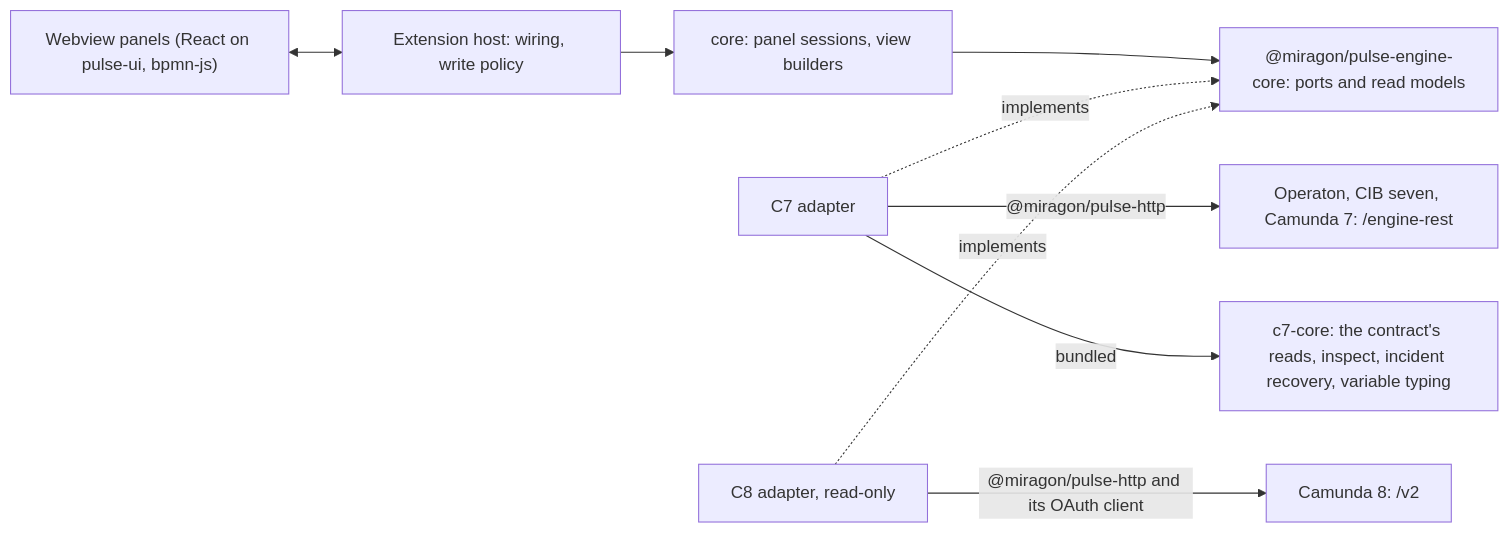
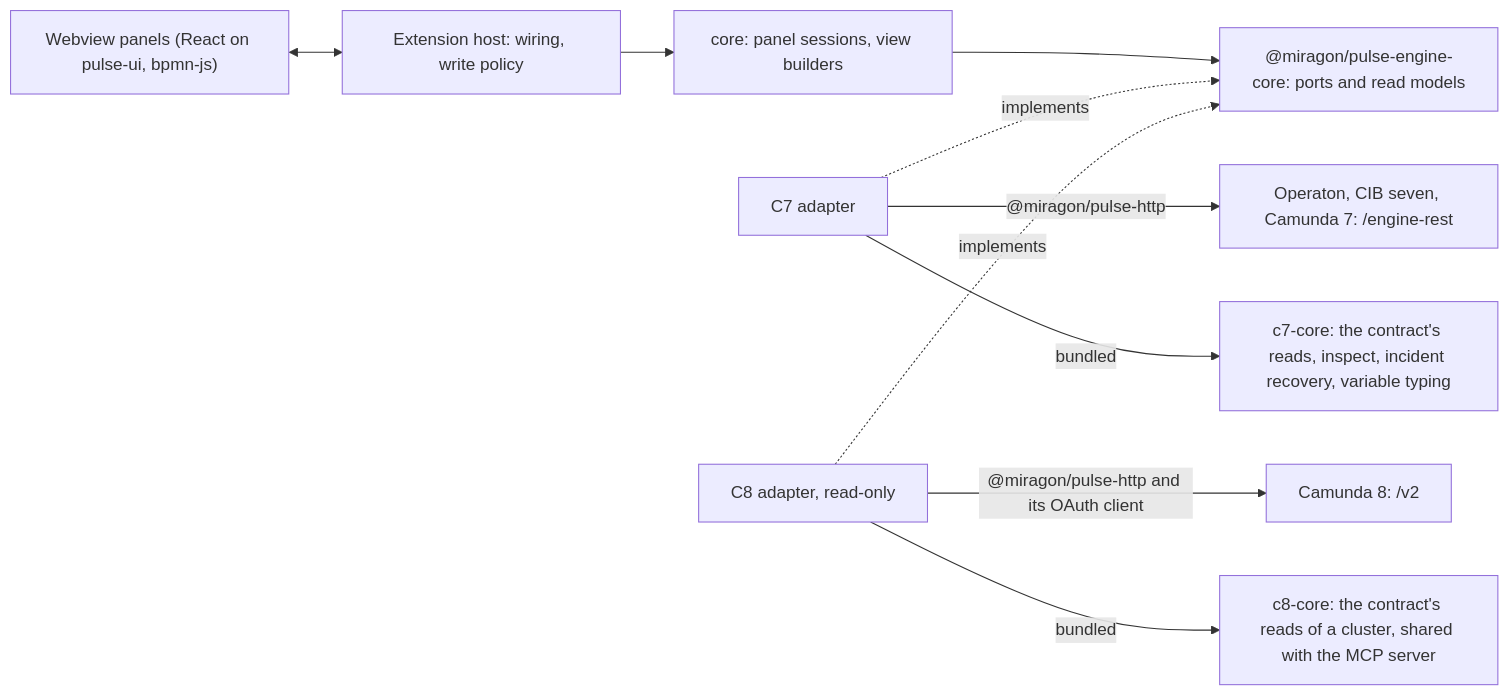
Before and after one commit to Miragon/pulse: the diagram in docs/vscode/architecture.md, drawn with Mermaid. The commit also changed 30 other files, not shown here.

````diff
--- a/docs/vscode/architecture.md
+++ b/docs/vscode/architecture.md
@@ -16,11 +16,12 @@
 ```mermaid
 flowchart LR
   webview["Webview panels (React on pulse-ui, bpmn-js)"] <--> host["Extension host: wiring, write policy"]
   host --> core["core: panel sessions, view builders"]
   core --> engineCore["@miragon/pulse-engine-core: ports and read models"]
   c7["C7 adapter"] -. implements .-> engineCore
   c7 -- "@miragon/pulse-http" --> engines["Operaton, CIB seven, Camunda 7: /engine-rest"]
   c7 -- bundled --> c7core["c7-core: the contract's reads, inspect, incident recovery, variable typing"]
   c8["C8 adapter, read-only"] -. implements .-> engineCore
   c8 -- "@miragon/pulse-http and its OAuth client" --> cluster["Camunda 8: /v2"]
+  c8 -- bundled --> c8core["c8-core: the contract's reads of a cluster, shared with the MCP server"]
 ```
````
